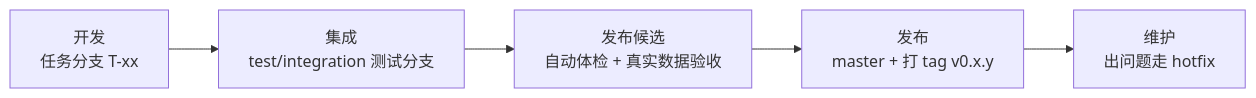
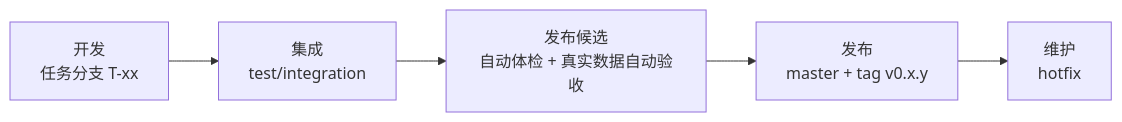
The fourth of 8 diagrams in docs/WORKFLOW_UPDATE_PLAN.md (feng653/quant-lean), drawn with Mermaid before and after one commit. The commit also changed other lines of this file, not shown here.

````diff
--- a/docs/WORKFLOW_UPDATE_PLAN.md
+++ b/docs/WORKFLOW_UPDATE_PLAN.md
@@ -113,7 +140,7 @@
 ```mermaid
 flowchart LR
-    DEV[开发<br/>任务分支 T-xx] --> INT[集成<br/>test/integration 测试分支]
-    INT --> RC[发布候选<br/>自动体检 + 真实数据验收]
-    RC --> REL[发布<br/>master + 打 tag v0.x.y]
-    REL --> HF[维护<br/>出问题走 hotfix]
+    DEV[开发<br/>任务分支 T-xx] --> INT[集成<br/>test/integration]
+    INT --> RC[发布候选<br/>自动体检 + 真实数据自动验收]
+    RC --> REL[发布<br/>master + tag v0.x.y]
+    REL --> HF[维护<br/>hotfix]
 ```
````
